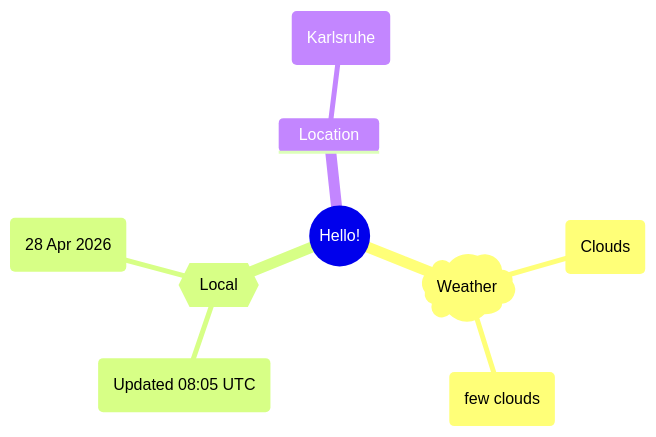
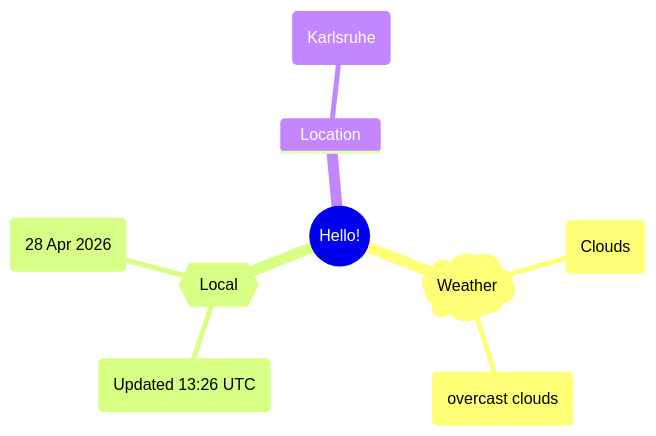
One commit to Xosrov/Xosrov changed the first of 2 diagrams in README.md. Above: the diagram before and after it, drawn with Mermaid.

Commit message:
[bot] updated images

````diff
--- a/README.md
+++ b/README.md
@@ -3,12 +3,12 @@
 ```mermaid
 mindmap
   root((Hello!))
     )Weather(
         (Clouds)
-        (few clouds)
+        (overcast clouds)
     {{Local}}
-        (Updated 08:05 UTC)
+        (Updated 13:26 UTC)
         (28 Apr 2026)
     Location
         (Karlsruhe)
 ```
````
